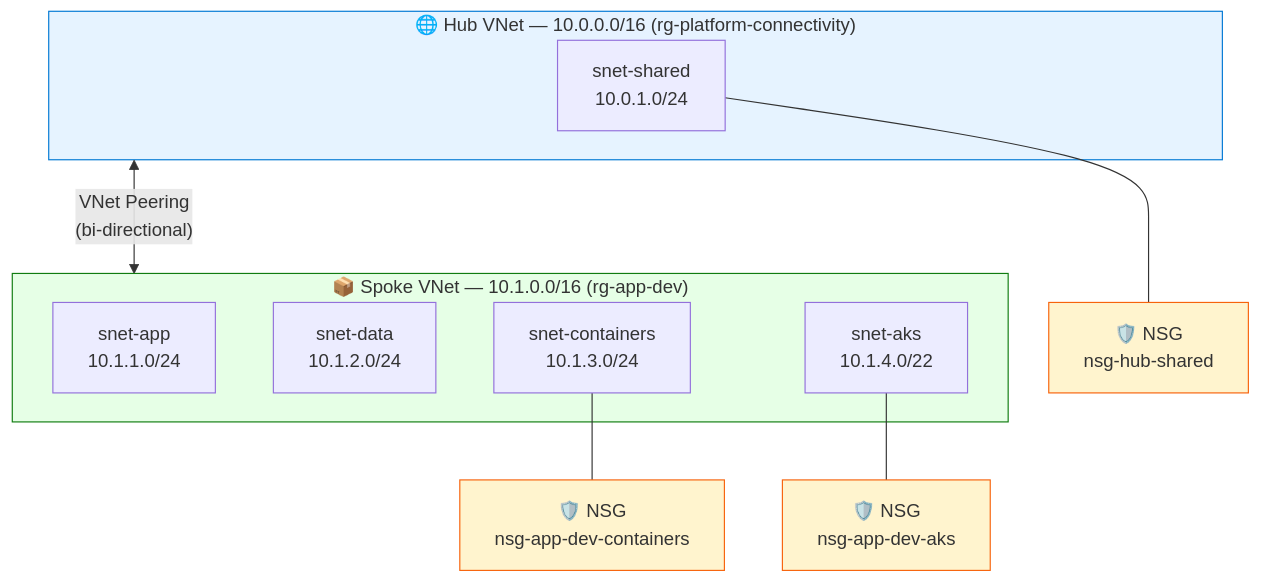
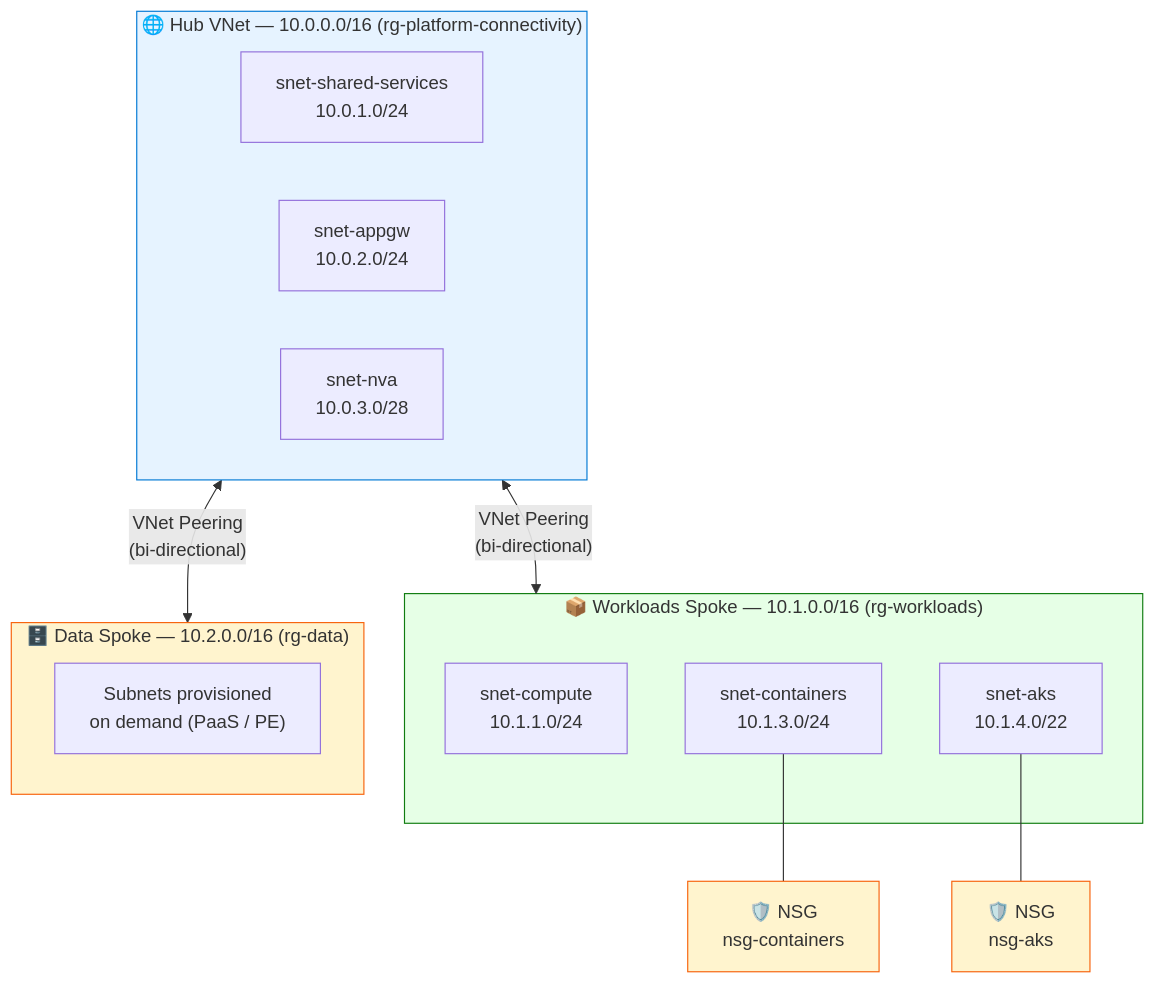
One commit to moshstaq/azure-landing-zone changed the second of 6 diagrams in docs/architecture.md. Above: the diagram before and after it, drawn with Mermaid. The commit also changed other lines of this file, not shown here.

Commit message:
docs: Update the repo architecture

````diff
--- a/docs/architecture.md
+++ b/docs/architecture.md
@@ -48,29 +48,33 @@
 ```mermaid
 graph TB
     subgraph HUB["🌐 Hub VNet — 10.0.0.0/16 (rg-platform-connectivity)"]
-        SHARED["snet-shared\n10.0.1.0/24"]
+        SHARED["snet-shared-services\n10.0.1.0/24"]
+        APPGW["snet-appgw\n10.0.2.0/24"]
+        NVA["snet-nva\n10.0.3.0/28"]
     end
 
-    subgraph SPOKE["📦 Spoke VNet — 10.1.0.0/16 (rg-app-dev)"]
-        APP["snet-app\n10.1.1.0/24"]
-        DATA["snet-data\n10.1.2.0/24"]
+    subgraph WORKLOADS["📦 Workloads Spoke — 10.1.0.0/16 (rg-workloads)"]
+        COMPUTE["snet-compute\n10.1.1.0/24"]
         CONTAINERS["snet-containers\n10.1.3.0/24"]
         AKS["snet-aks\n10.1.4.0/22"]
     end
 
-    HUB <-->|"VNet Peering\n(bi-directional)"| SPOKE
+    subgraph DATA["🗄️ Data Spoke — 10.2.0.0/16 (rg-data)"]
+        DATA_SUBNETS["Subnets provisioned\non demand (PaaS / PE)"]
+    end
 
-    NSG_HUB["🛡️ NSG\nnsg-hub-shared"]
-    NSG_CONTAINERS["🛡️ NSG\nnsg-app-dev-containers"]
-    NSG_AKS["🛡️ NSG\nnsg-app-dev-aks"]
+    HUB <-->|"VNet Peering\n(bi-directional)"| WORKLOADS
+    HUB <-->|"VNet Peering\n(bi-directional)"| DATA
 
-    SHARED --- NSG_HUB
+    NSG_CONTAINERS["🛡️ NSG\nnsg-containers"]
+    NSG_AKS["🛡️ NSG\nnsg-aks"]
+
     CONTAINERS --- NSG_CONTAINERS
     AKS --- NSG_AKS
 
     style HUB fill:#e6f3ff,stroke:#0078D4
-    style SPOKE fill:#e6ffe6,stroke:#107c10
-    style NSG_HUB fill:#fff4ce,stroke:#f7630c
+    style WORKLOADS fill:#e6ffe6,stroke:#107c10
+    style DATA fill:#fff4ce,stroke:#f7630c
     style NSG_CONTAINERS fill:#fff4ce,stroke:#f7630c
     style NSG_AKS fill:#fff4ce,stroke:#f7630c
 ```
````
